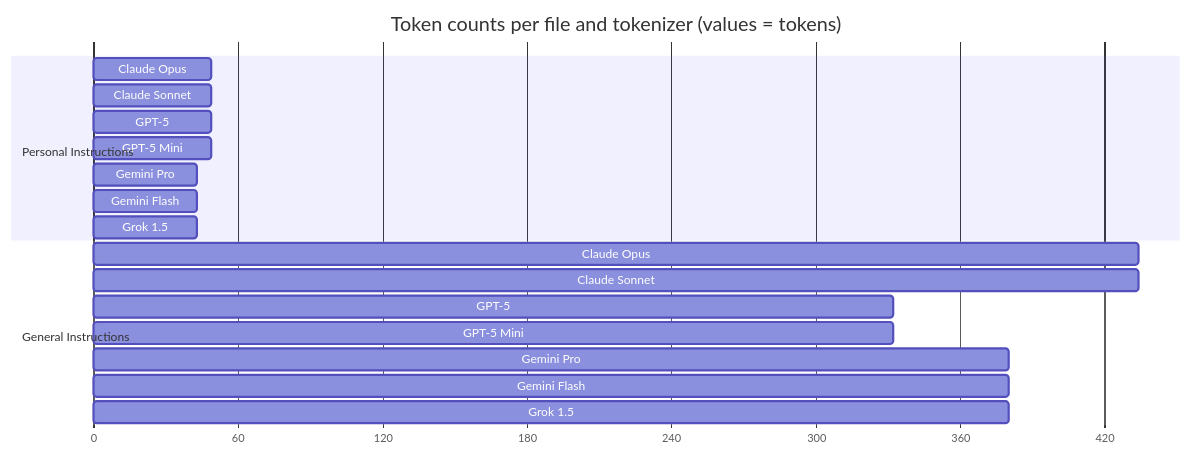
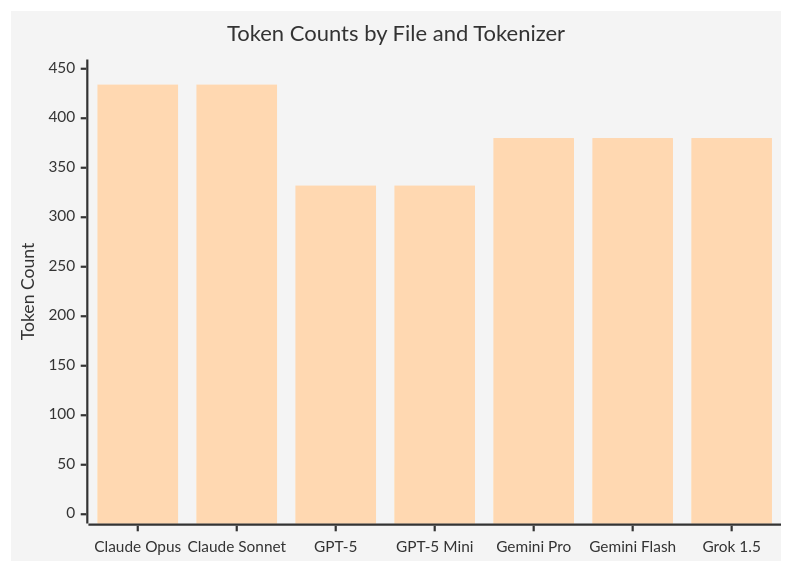
Before and after one commit to vodkar/vscode-copilot-prompts: the diagram in languages/python/README.md, drawn with Mermaid.

Commit message:
Changed layout

````diff
--- a/languages/python/README.md
+++ b/languages/python/README.md
@@ -7,25 +7,9 @@
 ```mermaid
-gantt
-    title Token counts per file and tokenizer (values = tokens)
-    dateFormat  X
-    axisFormat  %s
-
-    section Personal Instructions
-    Claude Opus    : 0, 49
-    Claude Sonnet  : 0, 49
-    GPT-5          : 0, 49
-    GPT-5 Mini     : 0, 49
-    Gemini Pro     : 0, 43
-    Gemini Flash   : 0, 43
-    Grok 1.5       : 0, 43
-
-    section General Instructions
-    Claude Opus    : 0, 434
-    Claude Sonnet  : 0, 434
-    GPT-5          : 0, 332
-    GPT-5 Mini     : 0, 332
-    Gemini Pro     : 0, 380
-    Gemini Flash   : 0, 380
-    Grok 1.5       : 0, 380
-
+%%{init: {"theme": "base", "themeVariables": {"primaryColor": "#ff6b6b", "primaryTextColor": "#333", "primaryBorderColor": "#ff6b6b", "lineColor": "#333"}}}%%
+xychart-beta
+    title "Token Counts by File and Tokenizer"
+    x-axis ["Claude Opus", "Claude Sonnet", "GPT-5", "GPT-5 Mini", "Gemini Pro", "Gemini Flash", "Grok 1.5"]
+    y-axis "Token Count" 0 --> 450
+    bar [49, 49, 49, 49, 43, 43, 43]
+    bar [434, 434, 332, 332, 380, 380, 380]
 ```
````
